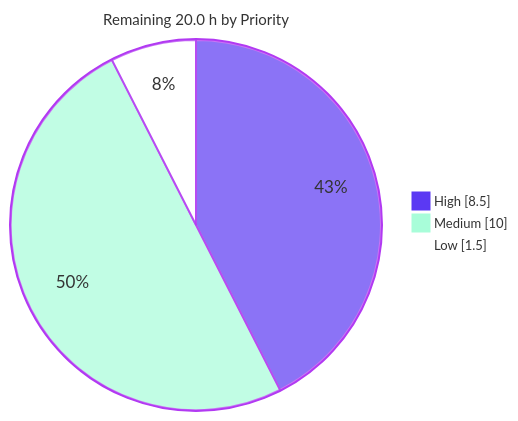
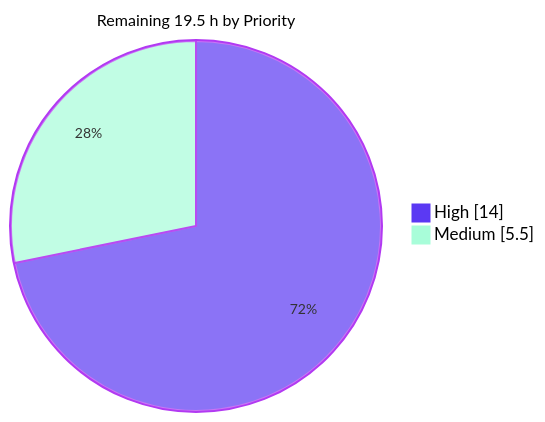
Before and after one commit to blitzy-public-samples/hello-world2-0r6b4x: the third of 4 diagrams in blitzy/documentation/Project Guide.md, drawn with Mermaid. The commit also changed other lines of this file, not shown here.

Commit message:
Adding Blitzy Project Guide: Project Status and Human Tasks Remaining

````diff
--- a/blitzy/documentation/Project Guide.md
+++ b/blitzy/documentation/Project Guide.md
@@ -317,7 +227,6 @@
 ```mermaid
-%%{init: {"theme":"base","themeVariables":{"pie1":"#5B39F3","pie2":"#A8FDD9","pie3":"#FFFFFF","pieStrokeColor":"#B23AF2","pieStrokeWidth":"2px","pieOuterStrokeColor":"#B23AF2","pieOuterStrokeWidth":"2px","pieTitleTextSize":"15px","pieLegendTextSize":"13px"}}}%%
-pie showData title Remaining 20.0 h by Priority
-    "High" : 8.5
-    "Medium" : 10
-    "Low" : 1.5
+%%{init: {"themeVariables": {"pie1": "#5B39F3", "pie2": "#A8FDD9", "pieStrokeColor": "#B23AF2", "pieStrokeWidth": "2px", "pieOuterStrokeColor": "#B23AF2", "pieTitleTextSize": "16px", "pieSectionTextSize": "14px"}}}%%
+pie showData title Remaining 19.5 h by Priority
+    "High" : 14.0
+    "Medium" : 5.5
 ```
````
